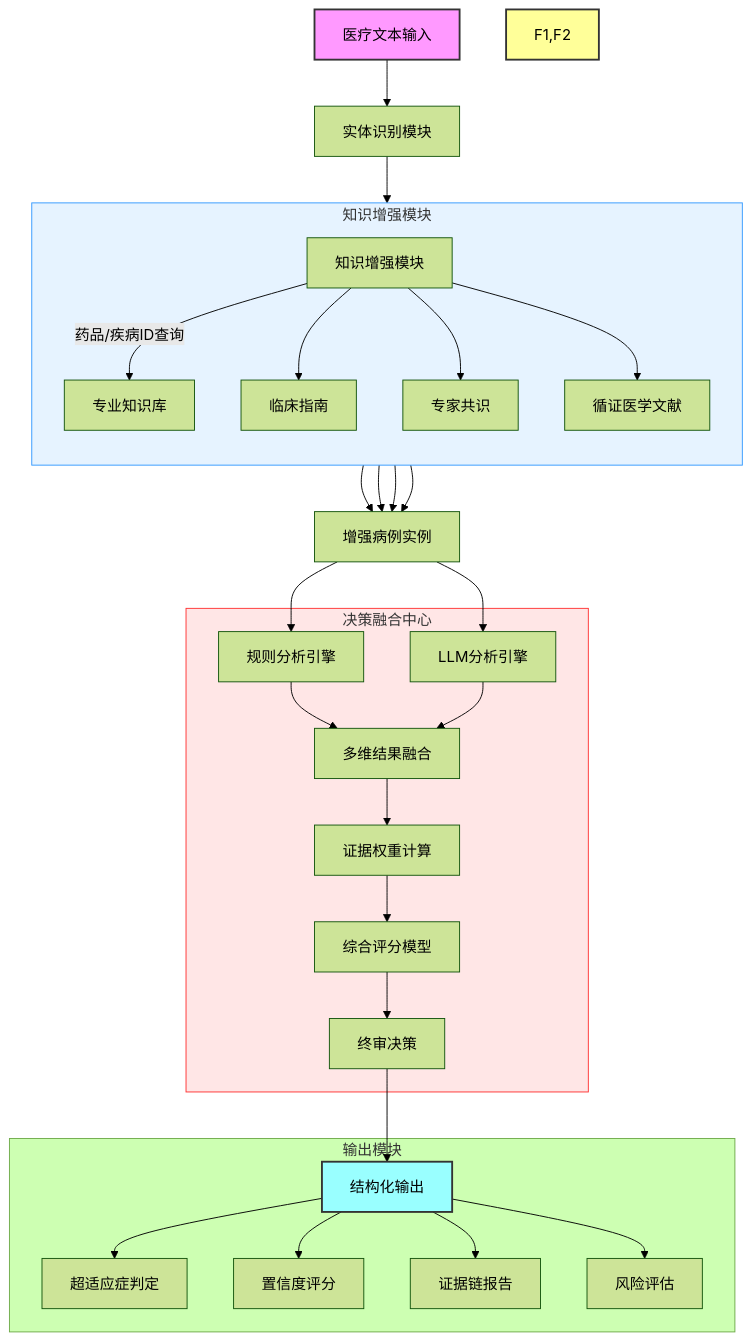
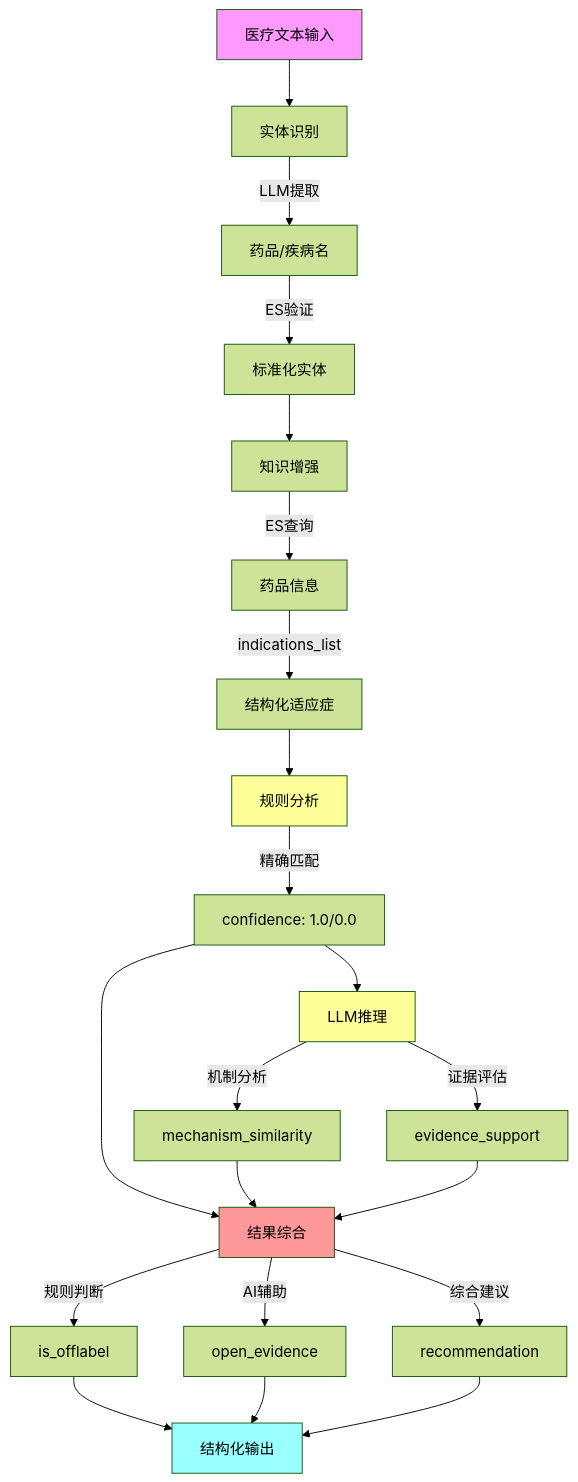
One commit to jiandong01/med-graphrag changed the diagram in docs/医疗超适应症分析系统研究总结.md. Above: the diagram before and after it, drawn with Mermaid (forest theme). The commit also changed other lines of this file and 23 other files, not shown here.

````diff
--- a/docs/医疗超适应症分析系统研究总结.md
+++ b/docs/医疗超适应症分析系统研究总结.md
@@ -63,40 +17,35 @@
 ```mermaid
 graph TB
-    A[医疗文本输入] --> B[实体识别模块]
-    B --> C[知识增强模块]
+    A[医疗文本输入] --> B[实体识别]
+    B -->|LLM提取| B1[药品/疾病名]
+    B1 -->|ES验证| B2[标准化实体]
     
-    subgraph 知识增强模块
-        direction TB
-        C -->|药品/疾病ID查询| D1[专业知识库]
-        C --> D2[临床指南]
-        C --> D3[专家共识]
-        C --> D4[循证医学文献]
-    end
+    B2 --> C[知识增强]
+    C -->|ES查询| C1[药品信息]
+    C1 -->|indications_list| C2[结构化适应症]
     
-    D1 & D2 & D3 & D4 --> E[增强病例实例]
+    C2 --> D[规则分析]
+    D -->|精确匹配| D1[confidence: 1.0/0.0]
     
-    E --> F1[规则分析引擎]
-    E --> F2[LLM分析引擎]
+    D1 --> E[LLM推理]
+    E -->|机制分析| E1[mechanism_similarity]
+    E -->|证据评估| E2[evidence_support]
     
-    subgraph 决策融合中心
-        F1 & F2 --> G[多维结果融合]
-        G --> H[证据权重计算]
-        H --> I[综合评分模型]
-        I --> J[终审决策]
-    end
+    D1 --> F[结果综合]
+    E1 --> F
+    E2 --> F
     
-    J --> K[结构化输出]
+    F -->|规则判断| F1[is_offlabel]
+    F -->|AI辅助| F2[open_evidence]
+    F -->|综合建议| F3[recommendation]
     
-    subgraph 输出模块
-        K --> L1[超适应症判定]
-        K --> L2[置信度评分]
-        K --> L3[证据链报告]
-        K --> L4[风险评估]
-    end
-
-    style A fill:#f9f,stroke:#333,stroke-width:2px
-    style K fill:#9ff,stroke:#333,stroke-width:2px
-    style F1,F2 fill:#ff9,stroke:#333,stroke-width:2px
-    style 知识增强模块 fill:#e6f3ff,stroke:#3399ff
-    style 决策融合中心 fill:#ffe6e6,stroke:#ff3333
+    F1 --> G[结构化输出]
+    F2 --> G
+    F3 --> G
+    
+    style A fill:#f9f
+    style G fill:#9ff
+    style D fill:#ff9
+    style E fill:#ff9
+    style F fill:#f99
 ```
````
